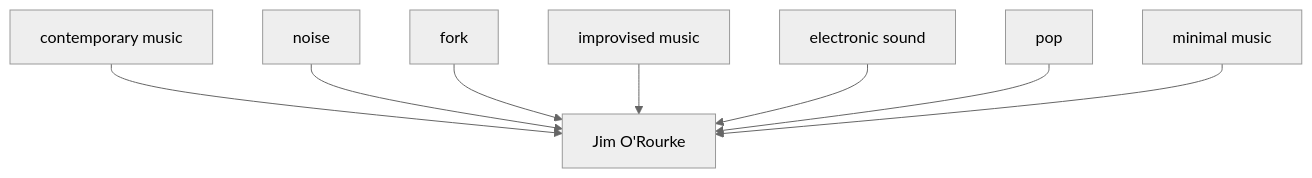
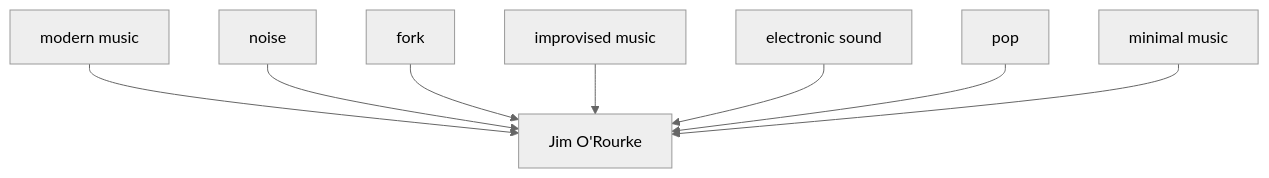
The first of 7 diagrams in en/_posts/2026-05-24-column-jim-o-rourke.md (monumental-movement/monumental-movement.github.io), drawn with Mermaid (neutral theme) before and after one commit. The commit also changed other lines of this file and 1012 other files, not shown here.

```diff
--- a/en/_posts/2026-05-24-column-jim-o-rourke.md
+++ b/en/_posts/2026-05-24-column-jim-o-rourke.md
@@ -64,10 +64,10 @@
 <div class="mermaid">
 graph TD
-A[contemporary music] --> D[Jim O'Rourke]
+A[modern music] --> D[Jim O'Rourke]
 B[noise] --> D
 C[fork] --> D
 E[improvised music] --> D
 F[electronic sound] --> D
 G[pop] --> D
 H[minimal music] --> D
 </div>
```
